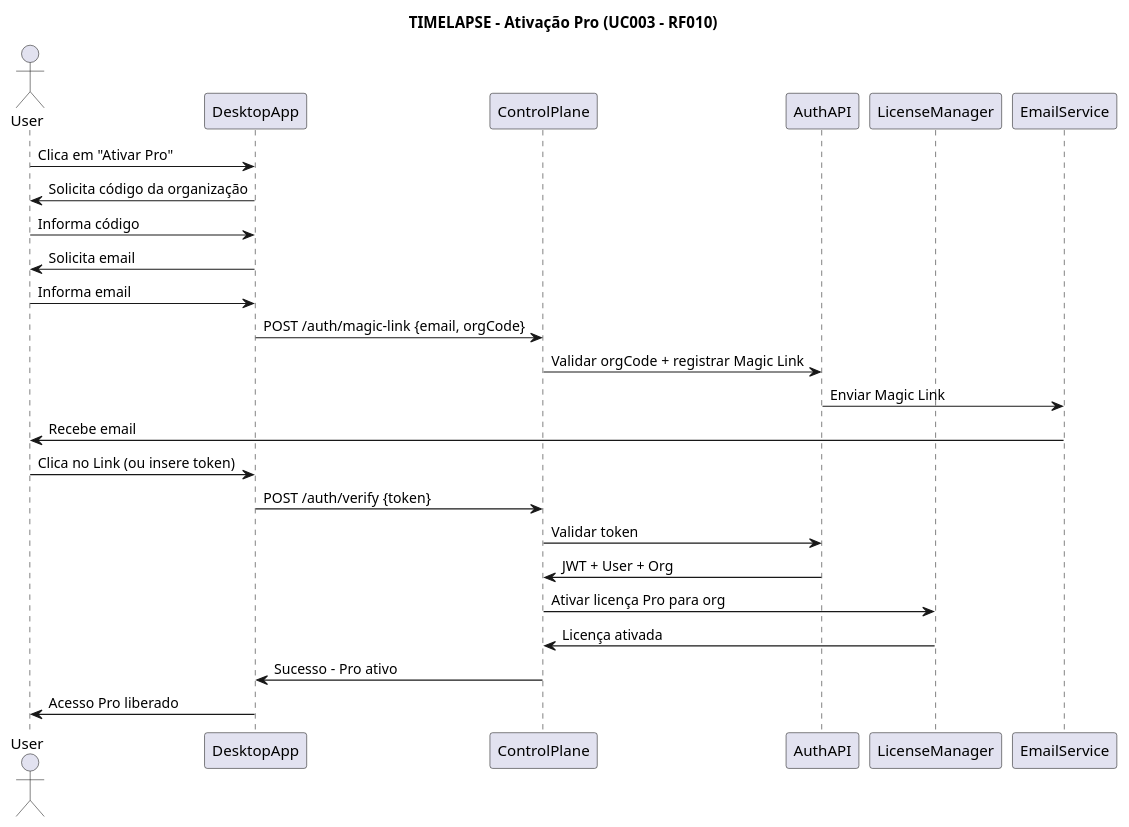
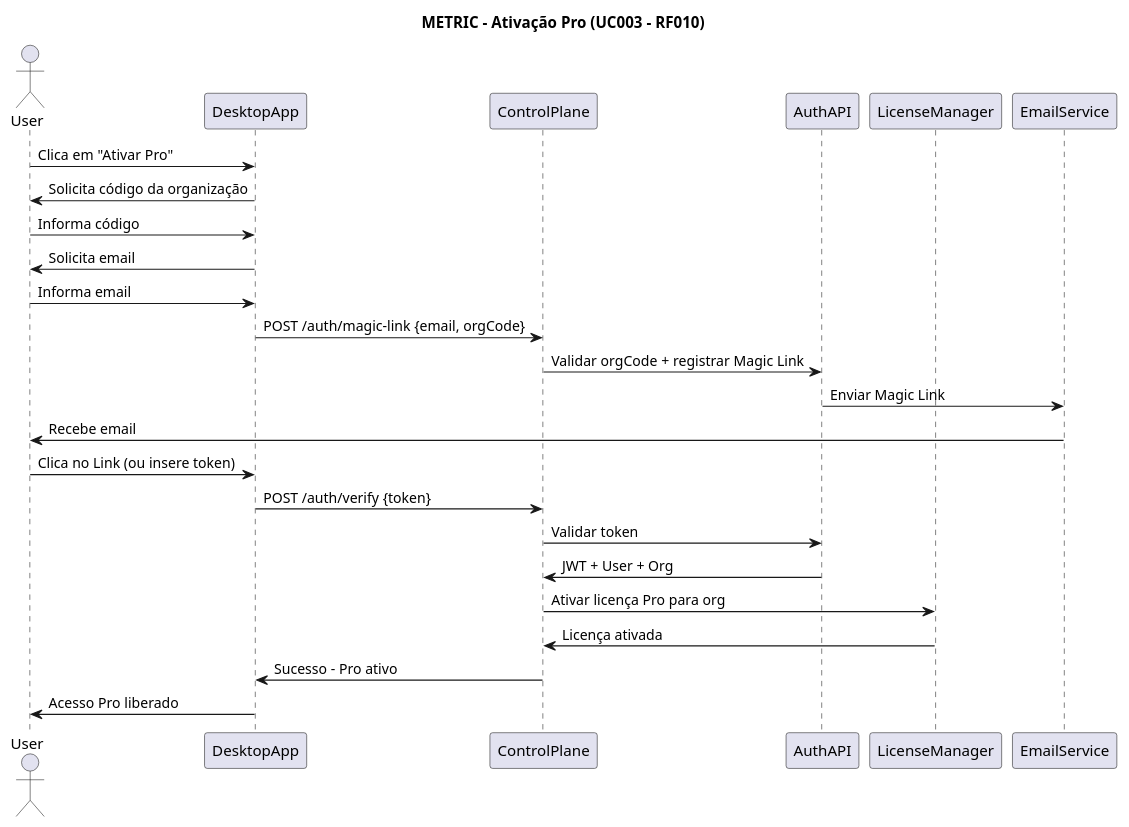
The diagram in docs/srs/diagrams/puml/flow/diagram-flow-012-payment-pro.puml (Gustavohps10/metric), drawn with PlantUML before and after one commit. The commit also changed 208 other files, not shown here.

Commit message:
chore: rename project from timelapse to metric

```diff
--- a/docs/srs/diagrams/puml/flow/diagram-flow-012-payment-pro.puml
+++ b/docs/srs/diagrams/puml/flow/diagram-flow-012-payment-pro.puml
@@ -1,30 +1,30 @@
 @startuml PaymentProFlow
-title TIMELAPSE - Ativação Pro (UC003 - RF010)
+title METRIC - Ativação Pro (UC003 - RF010)
 actor User
 participant DesktopApp
 participant ControlPlane
 participant AuthAPI
 participant LicenseManager
 participant EmailService
 
 User -> DesktopApp: Clica em "Ativar Pro"
 DesktopApp -> User: Solicita código da organização
 User -> DesktopApp: Informa código
 DesktopApp -> User: Solicita email
 User -> DesktopApp: Informa email
 
 DesktopApp -> ControlPlane: POST /auth/magic-link {email, orgCode}
 ControlPlane -> AuthAPI: Validar orgCode + registrar Magic Link
 AuthAPI -> EmailService: Enviar Magic Link
 EmailService -> User: Recebe email
 
 User -> DesktopApp: Clica no Link (ou insere token)
 DesktopApp -> ControlPlane: POST /auth/verify {token}
 ControlPlane -> AuthAPI: Validar token
 AuthAPI -> ControlPlane: JWT + User + Org
 
 ControlPlane -> LicenseManager: Ativar licença Pro para org
 LicenseManager -> ControlPlane: Licença ativada
 ControlPlane -> DesktopApp: Sucesso - Pro ativo
 DesktopApp -> User: Acesso Pro liberado
 @enduml
```
